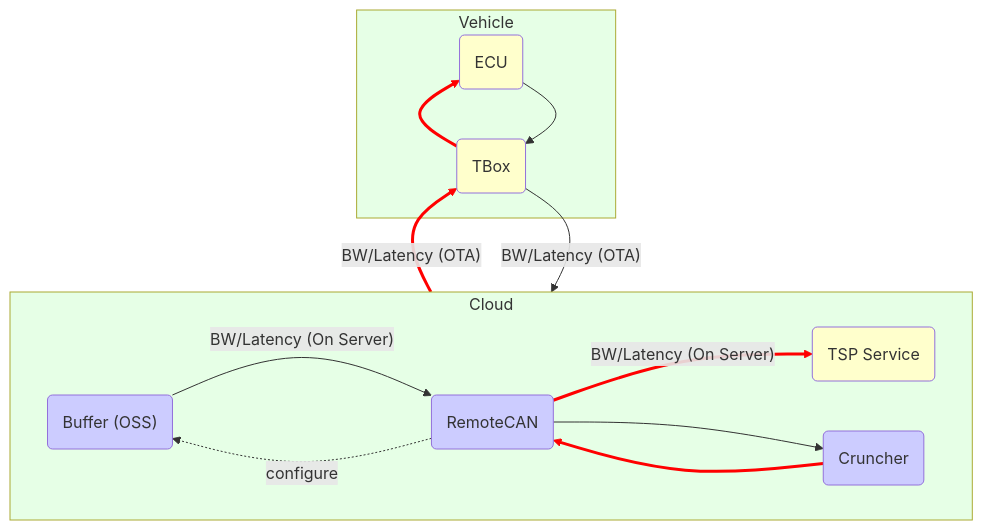
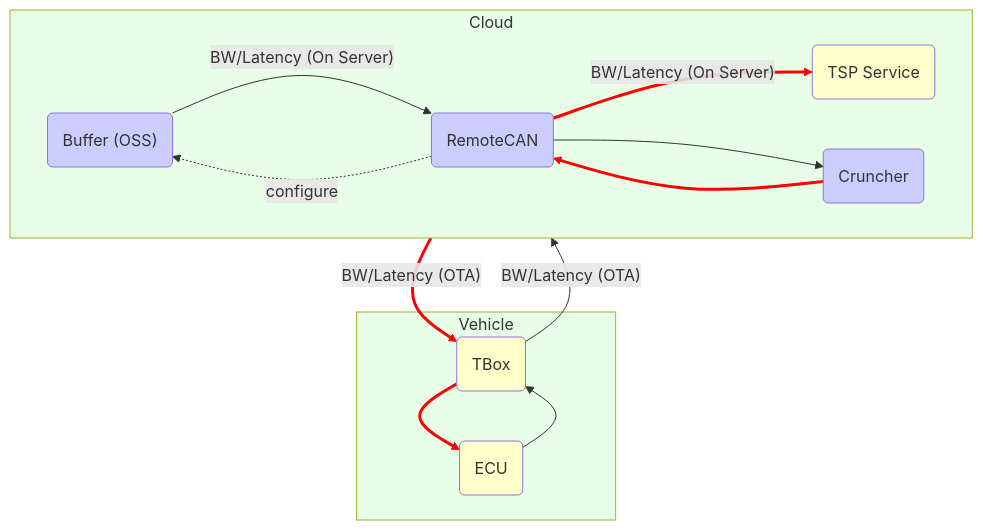
The first of 6 diagrams in roam/20220408125710-veos_adp_training_data_interface.org (Binjian/org), drawn with Mermaid before and after one commit. The commit also changed other lines of this file, not shown here.

```diff
--- a/roam/20220408125710-veos_adp_training_data_interface.org
+++ b/roam/20220408125710-veos_adp_training_data_interface.org
@@ -230,35 +230,35 @@
-#+begin_src mermaid :file ./img/adp_data_flow_seq_block.svg
-graph  BT
+#+begin_src mermaid :file ./img/data_flow_cloud.svg
+graph TB
   subgraph vehicle ["Vehicle"]
     %% line 0
     ECU(ECU)-->TBox(TBox)
     %% line 1
     TBox-->ECU
   end
   subgraph cloud ["Cloud"]
     direction LR
     %% line 2
     Buffer--"BW/Latency (On Server)"-->RemoteCAN(RemoteCAN)
     RemoteCAN--"BW/Latency (On Server)"-->TSP(TSP Service)
     RemoteCAN-.configure.->Buffer
     Cruncher(Cruncher)-->RemoteCAN(RemoteCAN)
     RemoteCAN-->Cruncher
   end
   %% line 7
   TBox--"BW/Latency (OTA)"-->Buffer("Buffer (OSS)")
   TSP--"BW/Latency (OTA)"-->TBox
   linkStyle 1 stroke-width:3px,stroke:red
   linkStyle 3 stroke-width:3px,stroke:red
   linkStyle 5 stroke-width:3px,stroke:red
   linkStyle 8 stroke-width:3px,stroke:red
   style Cruncher fill:#ccccff
   style ECU fill:#ffffcc
   style TBox fill:#ffffcc
   style RemoteCAN fill:#ccccff
   style Buffer fill:#ccccff
   style TSP fill:#ffffcc
 
   classDef green fill:#e6ffe6;
   class vehicle green
   class cloud green
 #+end_src
```
